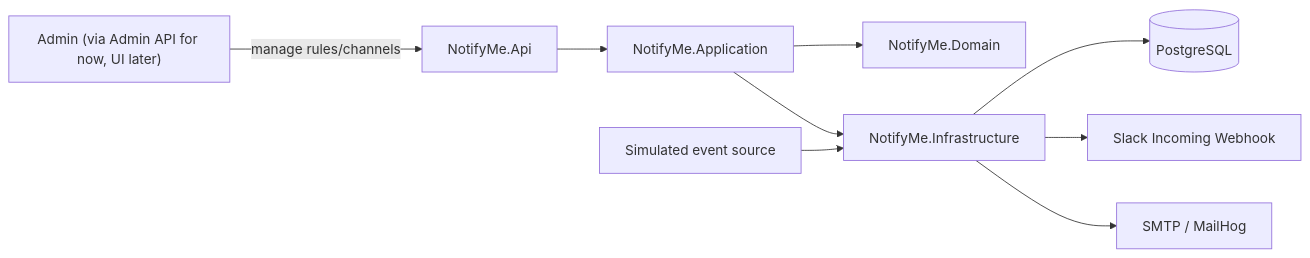
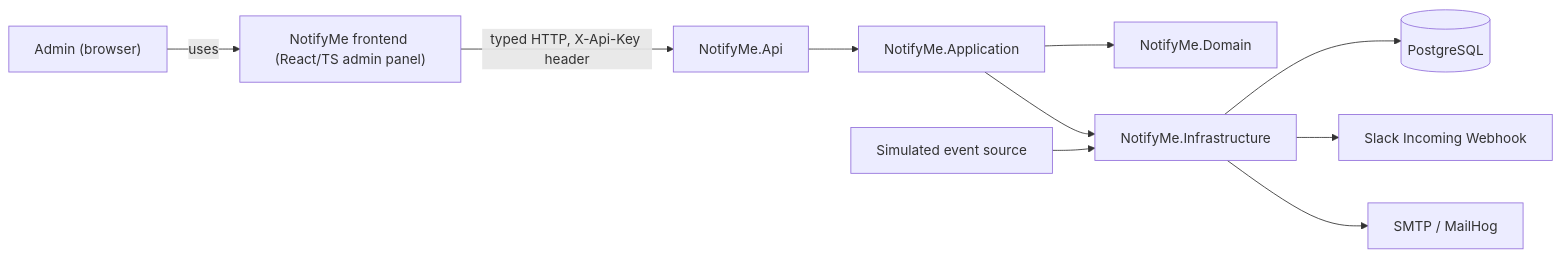
The first of 2 diagrams in docs/architecture/overview.md (zsra/notifyme), drawn with Mermaid before and after one commit. The commit also changed other lines of this file and 14 other files, not shown here.

Commit message:
Add unit tests for API error handling and alert rules page

````diff
--- a/docs/architecture/overview.md
+++ b/docs/architecture/overview.md
@@ -10,11 +10,12 @@
 ```mermaid
 flowchart LR
-    Admin["Admin (via Admin API for now, UI later)"] -->|manage rules/channels| Api
+    Admin["Admin (browser)"] -->|uses| Frontend["NotifyMe frontend (React/TS admin panel)"]
+    Frontend -->|typed HTTP, X-Api-Key header| Api
     Api["NotifyMe.Api"] --> App["NotifyMe.Application"]
     App --> Dom["NotifyMe.Domain"]
     App --> Infra["NotifyMe.Infrastructure"]
     Infra --> DB[(PostgreSQL)]
     Infra --> Slack["Slack Incoming Webhook"]
     Infra --> SMTP["SMTP / MailHog"]
     Source["Simulated event source"] --> Infra
 ```
````
